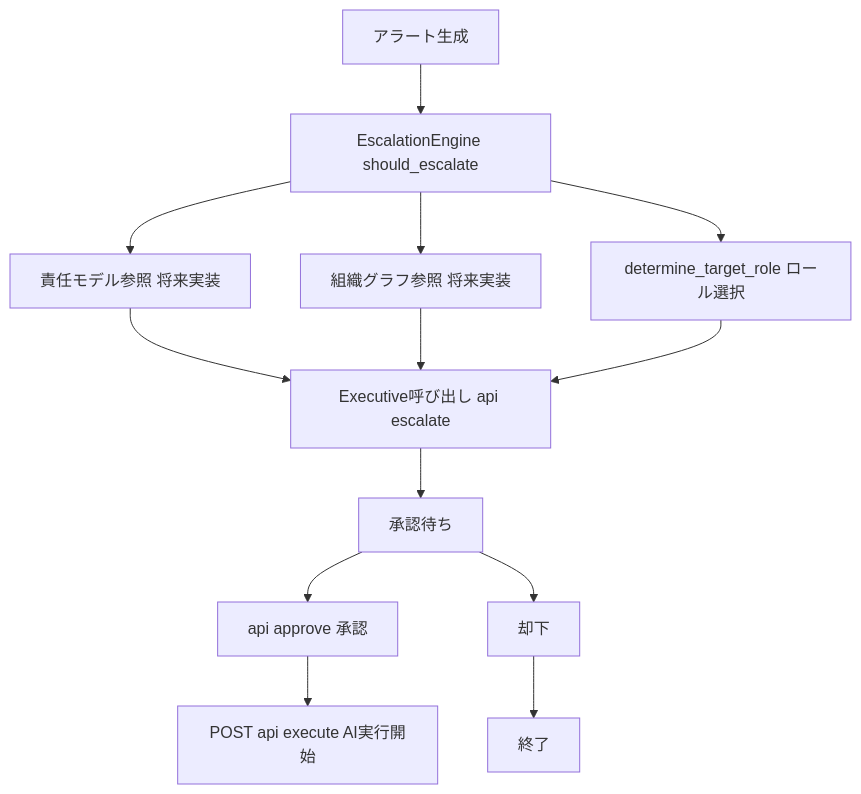
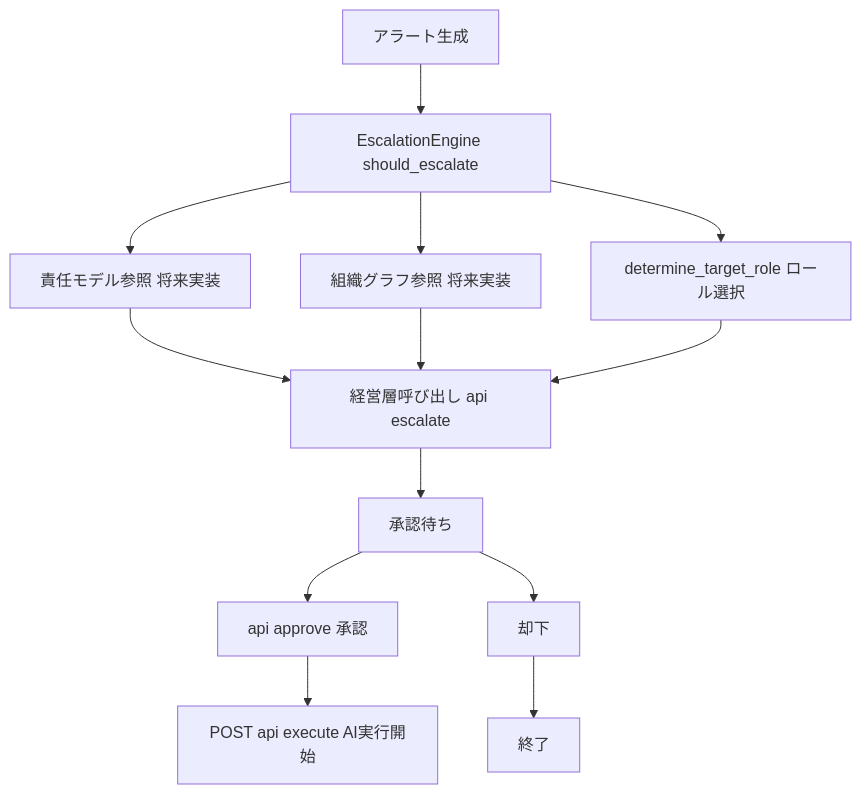
The fifth of 7 diagrams in docs/ZENN記事_v04.md (killertcell428/Helm), drawn with Mermaid before and after one commit. The commit also changed other lines of this file and 1 other file, not shown here.

````diff
--- a/docs/ZENN記事_v04.md
+++ b/docs/ZENN記事_v04.md
@@ -290,15 +270,15 @@
 ```mermaid
 flowchart TD
     A[アラート生成] --> B["EscalationEngine should_escalate"]
     B --> C["責任モデル参照 将来実装"]
     B --> D["組織グラフ参照 将来実装"]
     B --> E["determine_target_role ロール選択"]
-    C --> F["Executive呼び出し api escalate"]
+    C --> F["経営層呼び出し api escalate"]
     D --> F
     E --> F
     F --> G[承認待ち]
     G --> H["api approve 承認"]
     G --> I[却下]
     H --> J["POST api execute AI実行開始"]
     I --> K[終了]
 ```
````
